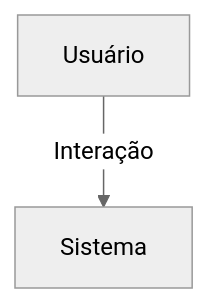
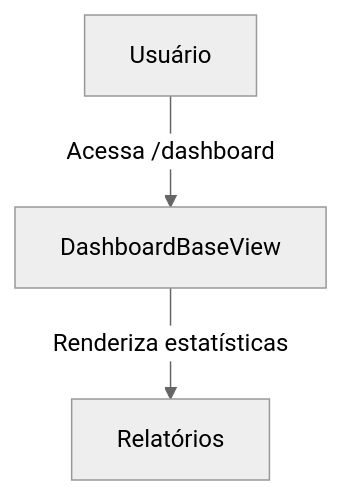
One commit to adrianosoaresx/ProjetoHubx changed the diagram in .requisitos/dashboard/REQ-DASHBOARD-001.md. Above: the diagram before and after it, drawn with Mermaid (neutral theme). The commit also changed other lines of this file and 5 other files, not shown here.

````diff
--- a/.requisitos/dashboard/REQ-DASHBOARD-001.md
+++ b/.requisitos/dashboard/REQ-DASHBOARD-001.md
@@ -30,4 +61,5 @@
 ```mermaid
 flowchart TD
-    U[Usuário] -->|Interação| S[Sistema]
+    U[Usuário] -->|Acessa /dashboard| D[DashboardBaseView]
+    D -->|Renderiza estatísticas| R[Relatórios]
 ```
````
